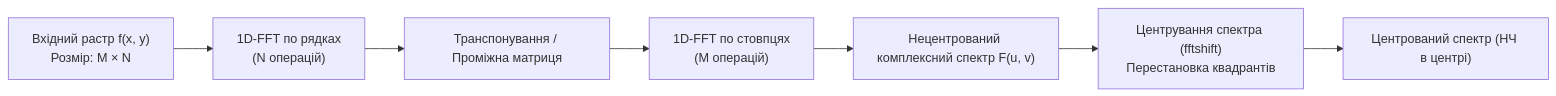
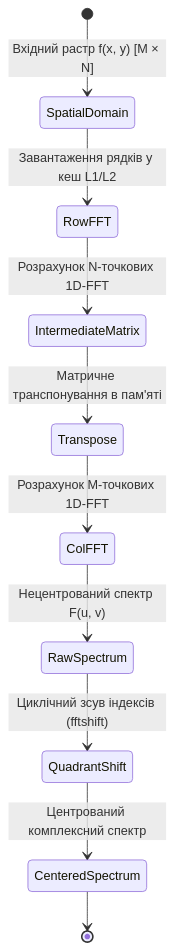
The first of 4 diagrams in docs/lk/lk9.md (KyryloVadurin/signal-image-processing), drawn with Mermaid before and after one commit. The commit also changed other lines of this file, not shown here.

````diff
--- a/docs/lk/lk9.md
+++ b/docs/lk/lk9.md
@@ -29,9 +60,12 @@
 ```mermaid
-flowchart LR
-    A["Вхідний растр f(x, y)<br>Розмір: M × N"] --> B["1D-FFT по рядках<br>(N операцій)"]
-    B --> C["Транспонування / Проміжна матриця"]
-    C --> D["1D-FFT по стовпцях<br>(M операцій)"]
-    D --> E["Нецентрований комплексний спектр F(u, v)"]
-    E --> F["Центрування спектра (fftshift)<br>Перестановка квадрантів"]
-    F --> G["Центрований спектр (НЧ в центрі)"]
+stateDiagram-v2
+    [*] --> SpatialDomain: Вхідний растр f(x, y) [M × N]
+    SpatialDomain --> RowFFT: Завантаження рядків у кеш L1/L2
+    RowFFT --> IntermediateMatrix: Розрахунок N-точкових 1D-FFT
+    IntermediateMatrix --> Transpose: Матричне транспонування в пам'яті
+    Transpose --> ColFFT: Розрахунок M-точкових 1D-FFT
+    ColFFT --> RawSpectrum: Нецентрований спектр F(u, v)
+    RawSpectrum --> QuadrantShift: Циклічний зсув індексів (fftshift)
+    QuadrantShift --> CenteredSpectrum: Центрований комплексний спектр
+    CenteredSpectrum --> [*]
 ```
````
